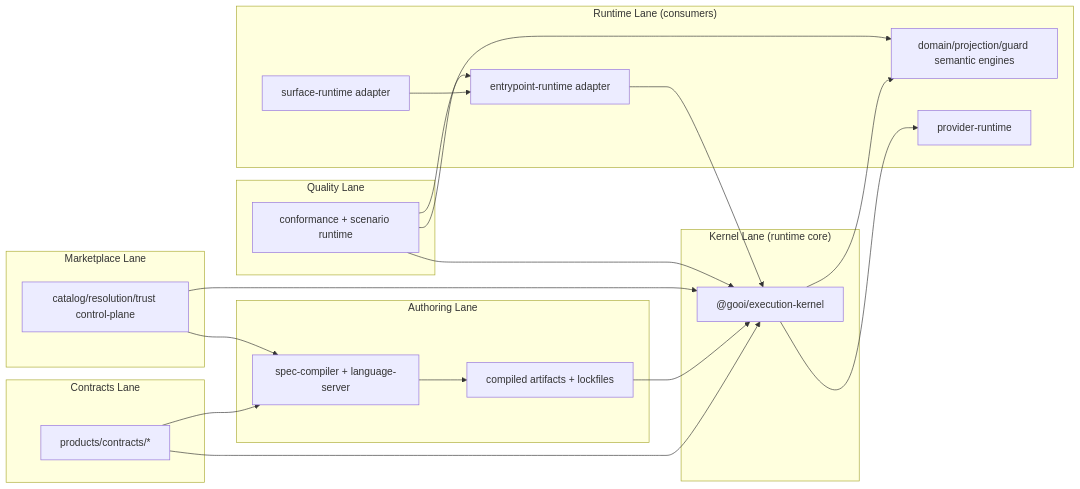
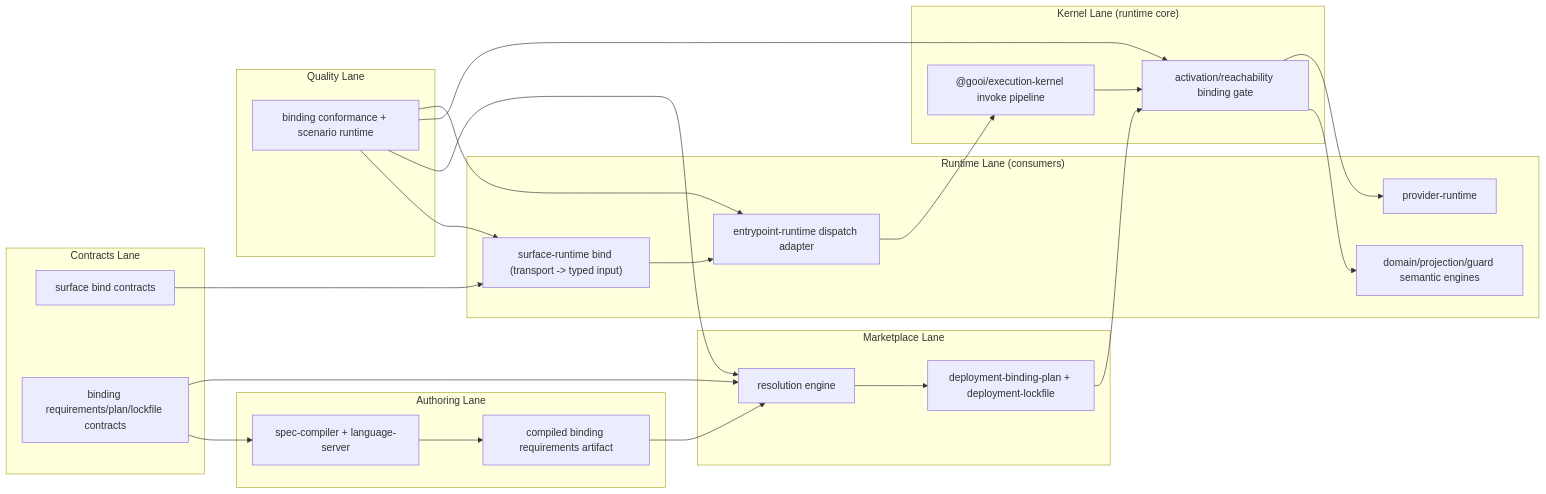
The first of 4 diagrams in docs/engineering/rfcs/RFC-0007-north-star-platform-shape-and-progressive-dx-api.md (ngalluzzo/gooi), drawn with Mermaid before and after one commit. The commit also changed other lines of this file and 3 other files, not shown here.

Commit message:
docs(architecture): update northstar and RFCs for product-line contract ownership

````diff
--- a/docs/engineering/rfcs/RFC-0007-north-star-platform-shape-and-progressive-dx-api.md
+++ b/docs/engineering/rfcs/RFC-0007-north-star-platform-shape-and-progressive-dx-api.md
@@ -112,44 +122,50 @@
 ```mermaid
 flowchart LR
   subgraph ContractsLane["Contracts Lane"]
-    Contracts["products/contracts/*"]
+    SurfaceBindContracts["surface bind contracts"]
+    DeploymentBindContracts["binding requirements/plan/lockfile contracts"]
   end
 
   subgraph AuthoringLane["Authoring Lane"]
     Authoring["spec-compiler + language-server"]
-    Artifacts["compiled artifacts + lockfiles"]
+    BindingRequirements["compiled binding requirements artifact"]
   end
 
   subgraph KernelLane["Kernel Lane (runtime core)"]
-    Kernel["@gooi/execution-kernel"]
+    KernelInvoke["@gooi/execution-kernel invoke pipeline"]
+    KernelBindingGate["activation/reachability binding gate"]
   end
 
   subgraph RuntimeLane["Runtime Lane (consumers)"]
-    SurfaceAdapter["surface-runtime adapter"]
-    EntrypointAdapter["entrypoint-runtime adapter"]
+    SurfaceBinder["surface-runtime bind (transport -> typed input)"]
+    EntrypointAdapter["entrypoint-runtime dispatch adapter"]
     SemanticEngines["domain/projection/guard semantic engines"]
     ProviderRuntime["provider-runtime"]
   end
 
   subgraph MarketplaceLane["Marketplace Lane"]
-    Marketplace["catalog/resolution/trust control-plane"]
+    Resolver["resolution engine"]
+    BindingArtifacts["deployment-binding-plan + deployment-lockfile"]
   end
 
   subgraph QualityLane["Quality Lane"]
-    Quality["conformance + scenario runtime"]
+    Quality["binding conformance + scenario runtime"]
   end
 
-  Contracts --> Authoring
-  Authoring --> Artifacts
-  Contracts --> Kernel
-  Artifacts --> Kernel
-  SurfaceAdapter --> EntrypointAdapter
-  EntrypointAdapter --> Kernel
-  Kernel --> SemanticEngines
-  Kernel --> ProviderRuntime
-  Marketplace --> Authoring
-  Marketplace --> Kernel
-  Quality --> Kernel
+  SurfaceBindContracts --> SurfaceBinder
+  DeploymentBindContracts --> Authoring
+  DeploymentBindContracts --> Resolver
+  Authoring --> BindingRequirements
+  BindingRequirements --> Resolver
+  Resolver --> BindingArtifacts
+  BindingArtifacts --> KernelBindingGate
+  SurfaceBinder --> EntrypointAdapter
+  EntrypointAdapter --> KernelInvoke
+  KernelInvoke --> KernelBindingGate
+  KernelBindingGate --> SemanticEngines
+  KernelBindingGate --> ProviderRuntime
+  Quality --> SurfaceBinder
+  Quality --> Resolver
+  Quality --> KernelBindingGate
   Quality --> EntrypointAdapter
-  Quality --> SemanticEngines
 ```
````
